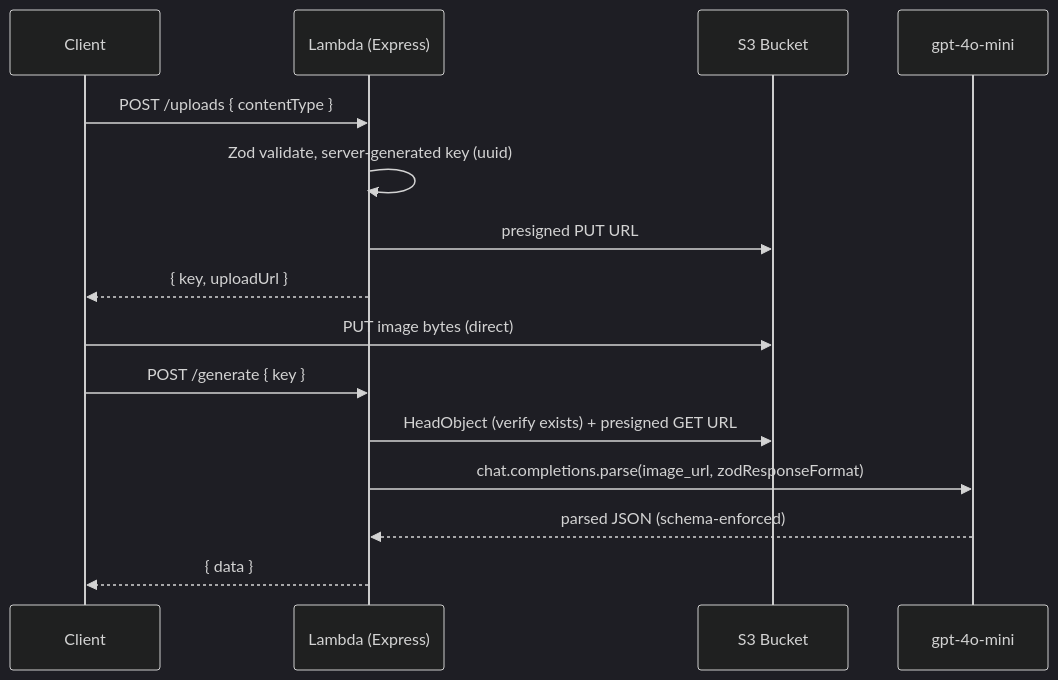
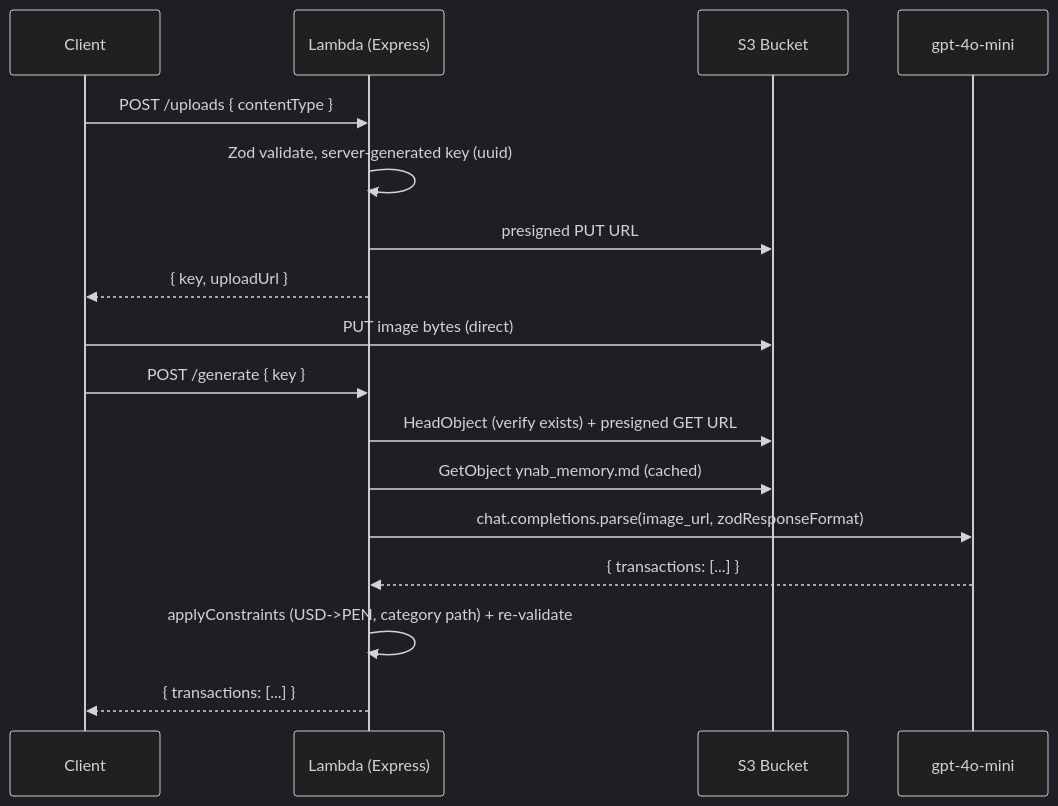
One commit to joshnavdev/ynabagent-api changed the diagram in AGENTS.md. Above: the diagram before and after it, drawn with Mermaid (dark theme). The commit also changed other lines of this file and 33 other files, not shown here.

````diff
--- a/AGENTS.md
+++ b/AGENTS.md
@@ -9,18 +9,20 @@
 ```mermaid
 sequenceDiagram
     participant C as Client
     participant L as Lambda (Express)
     participant S3 as S3 Bucket
     participant AI as gpt-4o-mini
 
     C->>L: POST /uploads { contentType }
     L->>L: Zod validate, server-generated key (uuid)
     L->>S3: presigned PUT URL
     L-->>C: { key, uploadUrl }
     C->>S3: PUT image bytes (direct)
     C->>L: POST /generate { key }
     L->>S3: HeadObject (verify exists) + presigned GET URL
+    L->>S3: GetObject ynab_memory.md (cached)
     L->>AI: chat.completions.parse(image_url, zodResponseFormat)
-    AI-->>L: parsed JSON (schema-enforced)
-    L-->>C: { data }
+    AI-->>L: { transactions: [...] }
+    L->>L: applyConstraints (USD->PEN, category path) + re-validate
+    L-->>C: { transactions: [...] }
 ```
````
